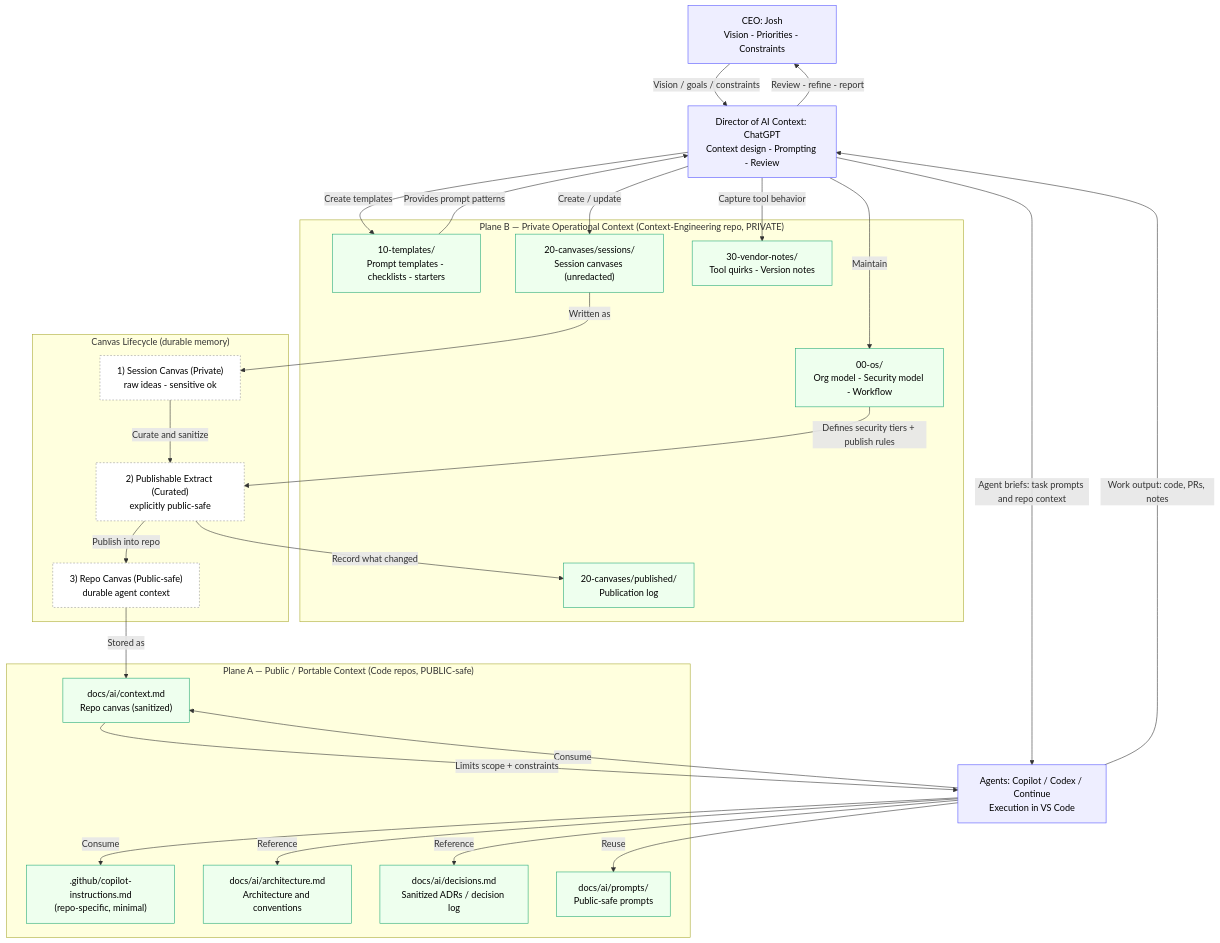
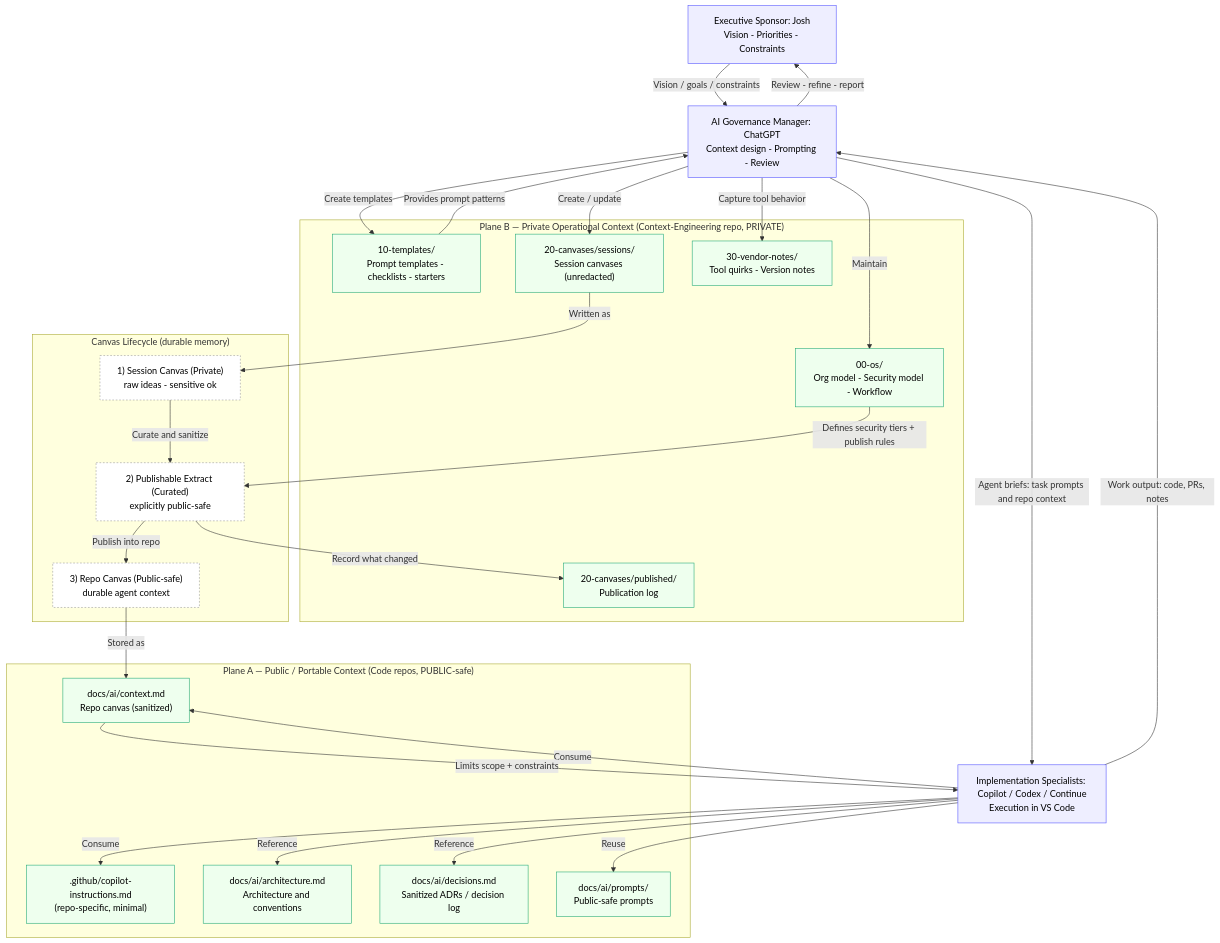
One commit to Josh-Phillips-LLC/Context-Engineering changed the diagram in context-flow.md. Above: the diagram before and after it, drawn with Mermaid. The commit also changed other lines of this file and 27 other files, not shown here.

Commit message:
[Implementation Specialist] adopt HR role model and charters

````diff
--- a/context-flow.md
+++ b/context-flow.md
@@ -5,81 +5,81 @@
 ```mermaid
 flowchart TB
   %% =========================
   %% Actors
   %% =========================
-  CEO["CEO: Josh<br/>Vision - Priorities - Constraints"]:::actor
-  DIR["Director of AI Context: ChatGPT<br/>Context design - Prompting - Review"]:::actor
-  AGENTS["Agents: Copilot / Codex / Continue<br/>Execution in VS Code"]:::actor
+  CEO["Executive Sponsor: Josh<br/>Vision - Priorities - Constraints"]:::actor
+  DIR["AI Governance Manager: ChatGPT<br/>Context design - Prompting - Review"]:::actor
+  AGENTS["Implementation Specialists: Copilot / Codex / Continue<br/>Execution in VS Code"]:::actor
 
   %% =========================
   %% Context Planes (Stores)
   %% =========================
   subgraph PVT["Plane B — Private Operational Context (Context-Engineering repo, PRIVATE)"]
     PVT_OS["00-os/<br/>Org model - Security model - Workflow"]:::store
     PVT_TPL["10-templates/<br/>Prompt templates - checklists - starters"]:::store
     PVT_SESS["20-canvases/sessions/<br/>Session canvases (unredacted)"]:::store
     PVT_PUBLOG["20-canvases/published/<br/>Publication log"]:::store
     PVT_TOOL["30-vendor-notes/<br/>Tool quirks - Version notes"]:::store
   end
 
   subgraph PUB["Plane A — Public / Portable Context (Code repos, PUBLIC-safe)"]
     RPO_INSTR[".github/copilot-instructions.md<br/>(repo-specific, minimal)"]:::store
     RPO_CANV["docs/ai/context.md<br/>Repo canvas (sanitized)"]:::store
     RPO_ARCH["docs/ai/architecture.md<br/>Architecture and conventions"]:::store
     RPO_ADR["docs/ai/decisions.md<br/>Sanitized ADRs / decision log"]:::store
     RPO_PROMPTS["docs/ai/prompts/<br/>Public-safe prompts"]:::store
   end
 
   %% =========================
   %% Main Flow
   %% =========================
   CEO -->|Vision / goals / constraints| DIR
 
   DIR -->|Create / update| PVT_SESS
   DIR -->|Maintain| PVT_OS
   DIR -->|Create templates| PVT_TPL
   DIR -->|Capture tool behavior| PVT_TOOL
 
   %% Prompting loop
   DIR -->|Agent briefs: task prompts and repo context| AGENTS
   AGENTS -->|Work output: code, PRs, notes| DIR
   DIR -->|Review - refine - report| CEO
 
   %% =========================
   %% Canvas Lifecycle
   %% =========================
   subgraph LIFECYCLE["Canvas Lifecycle (durable memory)"]
     SESS["1) Session Canvas (Private)<br/>raw ideas - sensitive ok"]:::artifact
     EXTR["2) Publishable Extract (Curated)<br/>explicitly public-safe"]:::artifact
     RCANV["3) Repo Canvas (Public-safe)<br/>durable agent context"]:::artifact
   end
 
   PVT_SESS -->|Written as| SESS
   SESS -->|Curate and sanitize| EXTR
   EXTR -->|Publish into repo| RCANV
   RCANV -->|Stored as| RPO_CANV
   EXTR -->|Record what changed| PVT_PUBLOG
 
   %% =========================
   %% Agent Consumption
   %% =========================
   AGENTS -->|Consume| RPO_INSTR
   AGENTS -->|Consume| RPO_CANV
   AGENTS -->|Reference| RPO_ARCH
   AGENTS -->|Reference| RPO_ADR
   AGENTS -->|Reuse| RPO_PROMPTS
 
   %% =========================
   %% Guardrails
   %% =========================
   PVT_OS -->|Defines security tiers + publish rules| EXTR
   PVT_TPL -->|Provides prompt patterns| DIR
   RPO_CANV -->|Limits scope + constraints| AGENTS
 
   %% =========================
   %% Styling
   %% =========================
   classDef actor fill:#eef,stroke:#55f,stroke-width:1px,color:#000;
   classDef store fill:#efe,stroke:#2a7,stroke-width:1px,color:#000;
   classDef artifact fill:#fff,stroke:#999,stroke-width:1px,color:#000,stroke-dasharray: 3 3;
 ```
````
